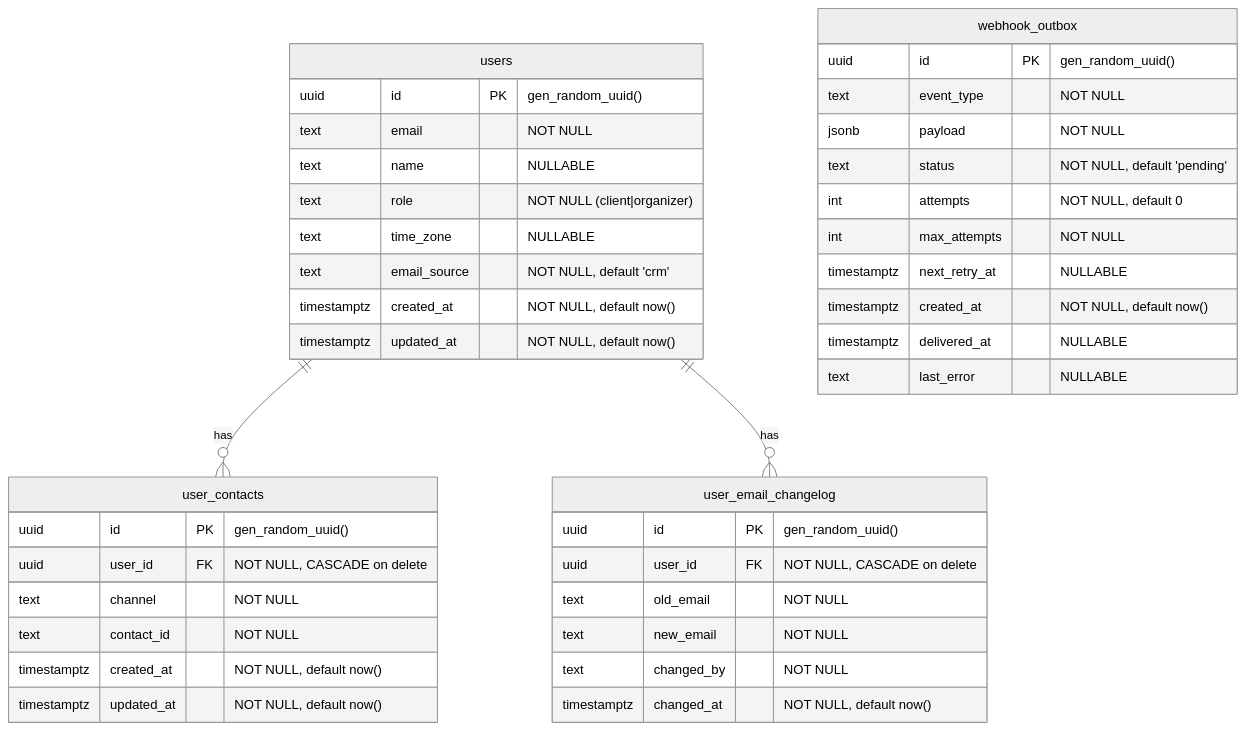
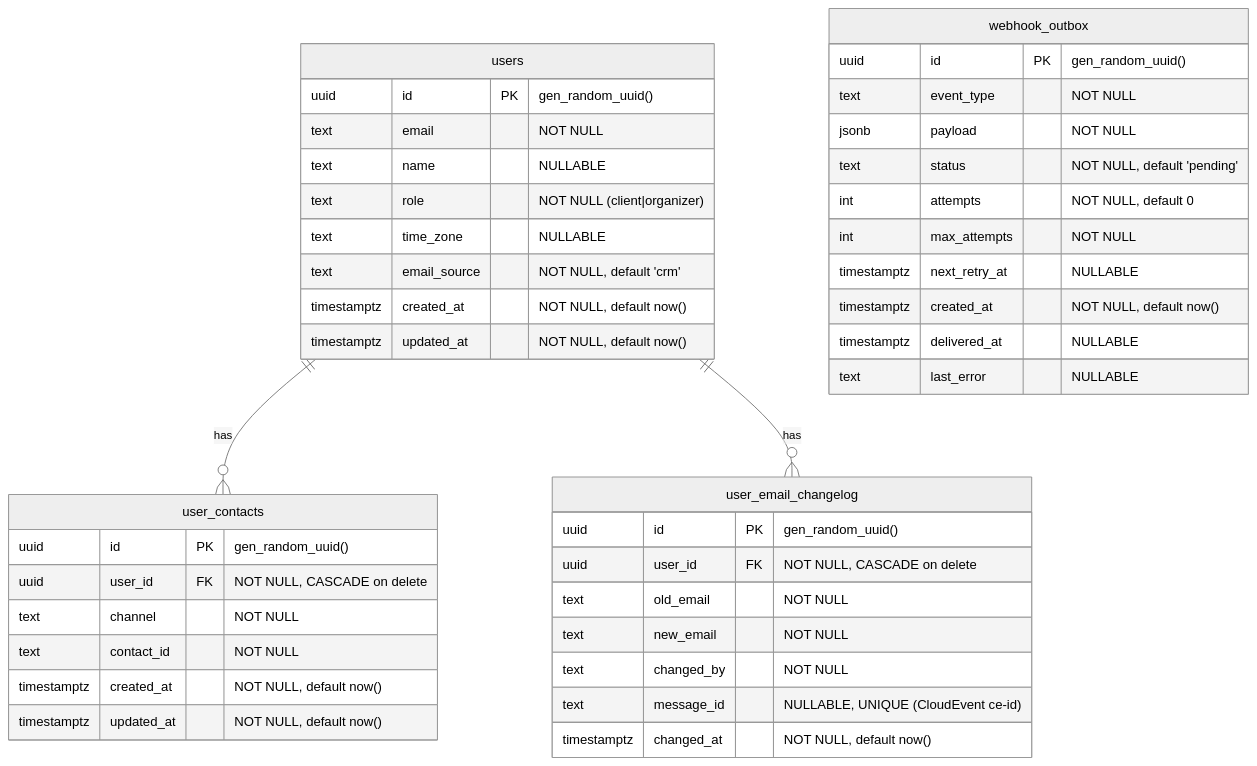
One commit to Lelikov/event-users changed the diagram in docs/DATA_MODEL.md. Above: the diagram before and after it, drawn with Mermaid (neutral theme). The commit also changed other lines of this file and 4 other files, not shown here.

````diff
--- a/docs/DATA_MODEL.md
+++ b/docs/DATA_MODEL.md
@@ -5,47 +5,48 @@
 ```mermaid
 erDiagram
     users {
         uuid id PK "gen_random_uuid()"
         text email "NOT NULL"
         text name "NULLABLE"
         text role "NOT NULL (client|organizer)"
         text time_zone "NULLABLE"
         text email_source "NOT NULL, default 'crm'"
         timestamptz created_at "NOT NULL, default now()"
         timestamptz updated_at "NOT NULL, default now()"
     }
 
     user_contacts {
         uuid id PK "gen_random_uuid()"
         uuid user_id FK "NOT NULL, CASCADE on delete"
         text channel "NOT NULL"
         text contact_id "NOT NULL"
         timestamptz created_at "NOT NULL, default now()"
         timestamptz updated_at "NOT NULL, default now()"
     }
 
     user_email_changelog {
         uuid id PK "gen_random_uuid()"
         uuid user_id FK "NOT NULL, CASCADE on delete"
         text old_email "NOT NULL"
         text new_email "NOT NULL"
         text changed_by "NOT NULL"
+        text message_id "NULLABLE, UNIQUE (CloudEvent ce-id)"
         timestamptz changed_at "NOT NULL, default now()"
     }
 
     webhook_outbox {
         uuid id PK "gen_random_uuid()"
         text event_type "NOT NULL"
         jsonb payload "NOT NULL"
         text status "NOT NULL, default 'pending'"
         int attempts "NOT NULL, default 0"
         int max_attempts "NOT NULL"
         timestamptz next_retry_at "NULLABLE"
         timestamptz created_at "NOT NULL, default now()"
         timestamptz delivered_at "NULLABLE"
         text last_error "NULLABLE"
     }
 
     users ||--o{ user_contacts : "has"
     users ||--o{ user_email_changelog : "has"
 ```
````
